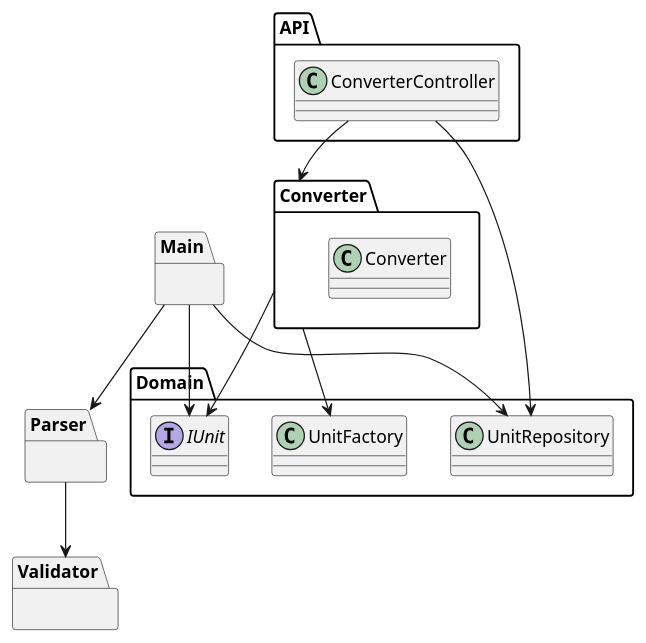
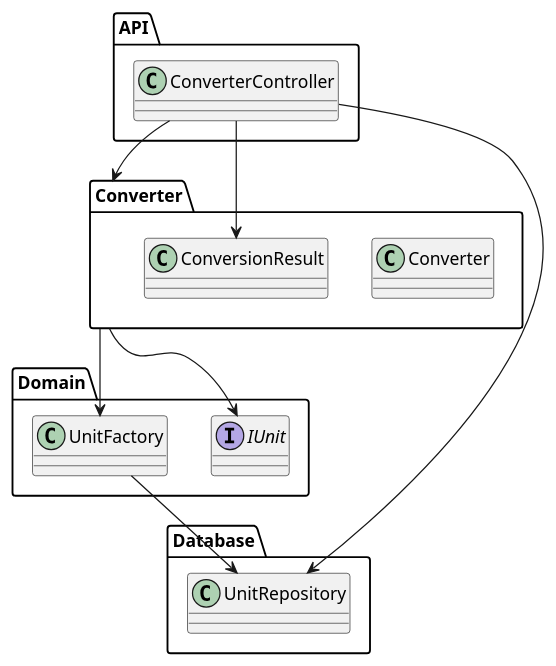
The diagram in docs/uml-module.plantuml (heig-vkaelin/ikt300-project), drawn with PlantUML before and after one commit. The commit also changed 12 other files, not shown here.

```diff
--- a/docs/uml-module.plantuml
+++ b/docs/uml-module.plantuml
@@ -1,28 +1,24 @@
 @startuml uml-module-diagram
 package "API" {
   class ConverterController
 }
-package "Main" {}
 package "Converter" {
   class Converter
+  class ConversionResult
 }
-package "Parser" {}
-package "Validator" {}
 package "Domain" {
   interface IUnit
   class UnitFactory
+}
+package "Database" {
   class UnitRepository
 }
 
-
 ConverterController --> Converter
+ConverterController --> ConversionResult
 ConverterController --> UnitRepository
 Converter --> IUnit
 Converter --> UnitFactory
-
-Main --> IUnit
-Main --> Parser
-Main --> UnitRepository
-Parser --> Validator
+UnitFactory --> UnitRepository
 
 @enduml
```
